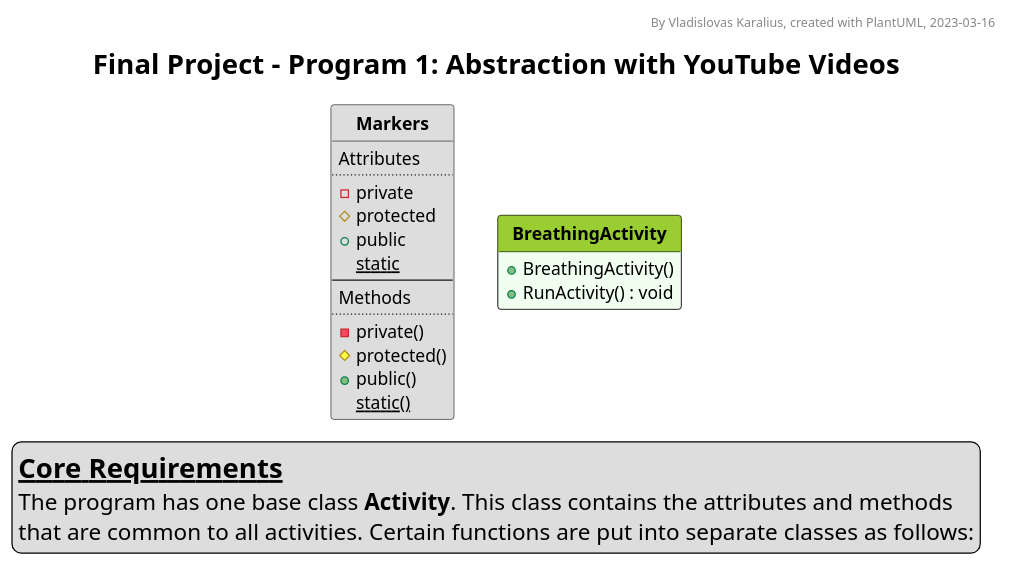
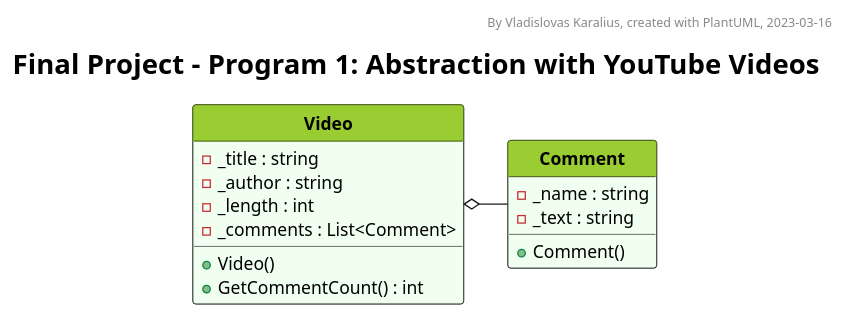
Before and after one commit to VladKaralius/cse210-projects: the diagram in final/Foundation1/UML_diagram.pu, drawn with PlantUML.

Commit message:
Video and Comment classes added

```diff
--- a/final/Foundation1/UML_diagram.pu
+++ b/final/Foundation1/UML_diagram.pu
@@ -1,78 +1,90 @@
 @startuml UML_diagram
 
 '--Formatting options--
 hide circle
 hide empty members
 'skinparam classAttributeIconSize 0
 skinparam style strictuml
 'skinparam groupInheritance 2
 'skinparam linetype ortho
 'skinparam Nodesep 15
 'skinparam Ranksep 25
 'left to right direction
 
 '--Styling--
 'skinparam BackgroundColor White/LightGreen
 skinparam TitleFontSize 22
 
 <style>
 classDiagram {
   class {
     '-attributes and methods-
     'FontSize 14
     'FontColor black
     'BackgroundColor #fefece
     BackgroundColor #f0fff0
     'RoundCorner 0
     '-class name-
     header {
       'FontSize 12
       'FontColor Black
       FontStyle bold
       BackgroundColor YellowGreen
     }
   }
   note {
     BackgroundColor Yellow
   }
   legend {
     FontSize 18
   }
 </style>
 
 '--Header, title, caption--
 header By Vladislovas Karalius, created with PlantUML, 2023-03-16
 title Final Project - Program 1: Abstraction with YouTube Videos
 'caption <:warning:>Constructors without parameters are not shown in this diagram
 
 ' Dummy class that explains visibility symbols
-class Markers #dddddd {
-Attributes
-..
-- private
-# protected
-+ public
-{static} static
---
-Methods
-..
-- private()
-# protected()
-+ public()
-{static} static()
+' class Markers #dddddd {
+' Attributes
+' ..
+' - private
+' # protected
+' + public
+' {static} static
+' --
+' Methods
+' ..
+' - private()
+' # protected()
+' + public()
+' {static} static()
+' }
+
+'--Main--
+class Video {
+  - _title : string
+  - _author : string
+  - _length : int
+  - _comments : List<Comment>
+  + Video()
+  + GetCommentCount() : int
 }
 
-'--Main--
-class BreathingActivity {
-  + BreathingActivity()
-  + RunActivity() : void
+class Comment {
+  - _name : string
+  - _text : string
+  + Comment()
 }
 
+Video o- Comment
+
 '--Description--
-legend bottom
-<size:22>__**Core Requirements**__
-The program has one base class **Activity**. This class contains the attributes and methods
-that are common to all activities. Certain functions are put into separate classes as follows:
-endlegend
+' legend bottom
+' <size:22>__**Core Requirements**__
+' The program has one base class **Activity**. This class contains the attributes and methods
+' that are common to all activities. Certain functions are put into separate classes as follows:
+' endlegend
 
 @enduml
```
